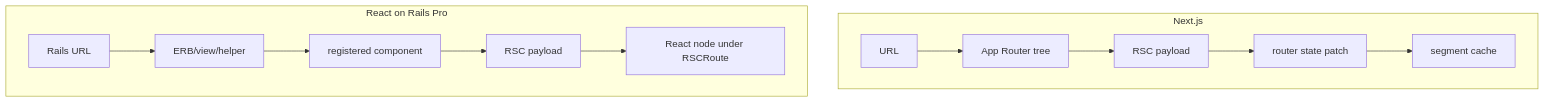
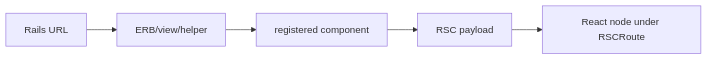
Diagram 21 of 21 in analysis/nextjs-turbopack-rsc-vs-react-on-rails-pro.md (shakacode/react_on_rails), drawn with Mermaid before and after one commit. The commit also changed other lines of this file, not shown here.

Commit message:
Make RSC protocol diagram readable

````diff
--- a/analysis/nextjs-turbopack-rsc-vs-react-on-rails-pro.md
+++ b/analysis/nextjs-turbopack-rsc-vs-react-on-rails-pro.md
@@ -933,16 +945,7 @@
 ```mermaid
-flowchart TD
-    subgraph Next["Next.js"]
-      URL["URL"] --> RouteTree["App Router tree"]
-      RouteTree --> RSC1["RSC payload"]
-      RSC1 --> Patch["router state patch"]
-      Patch --> SegmentCache["segment cache"]
-    end
-
-    subgraph RORP["React on Rails Pro"]
-      RailsURL["Rails URL"] --> View["ERB/view/helper"]
-      View --> Component["registered component"]
-      Component --> RSC2["RSC payload"]
-      RSC2 --> ReactNode["React node under RSCRoute"]
-    end
+flowchart LR
+    RailsURL["Rails URL"] --> View["ERB/view/helper"]
+    View --> Component["registered component"]
+    Component --> RSC2["RSC payload"]
+    RSC2 --> ReactNode["React node under RSCRoute"]
 ```
````
